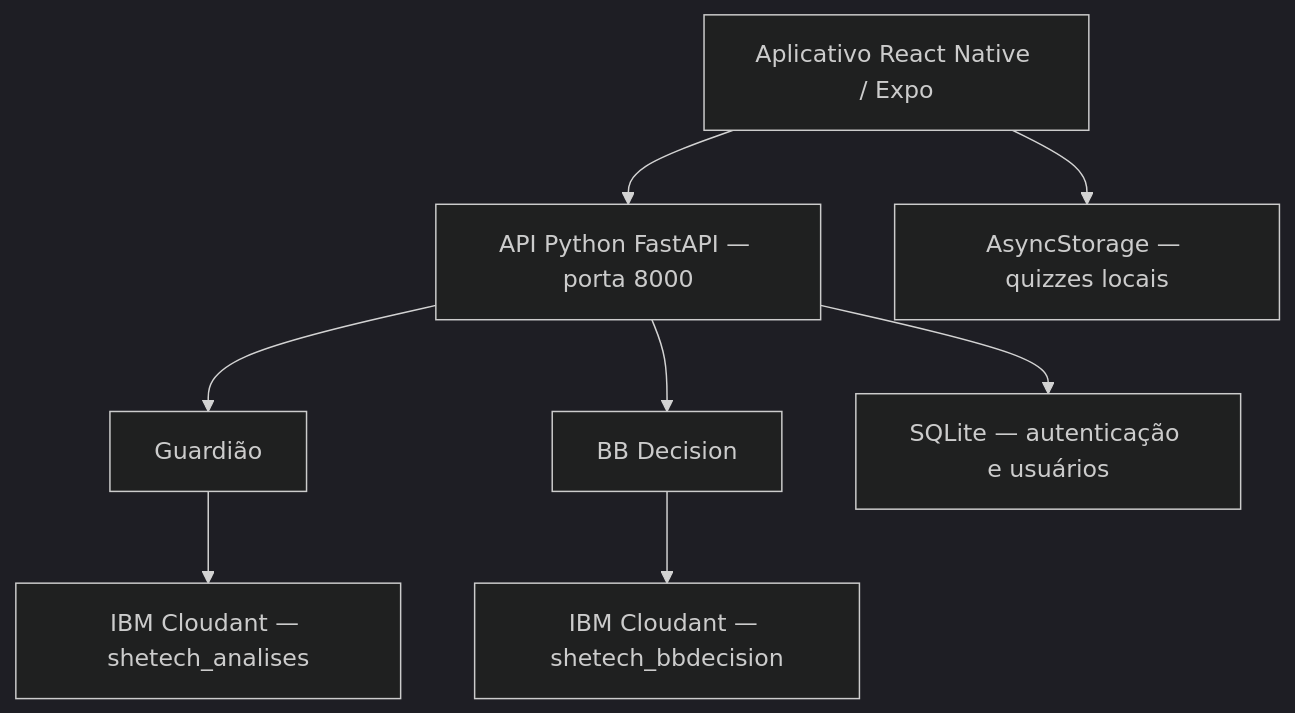
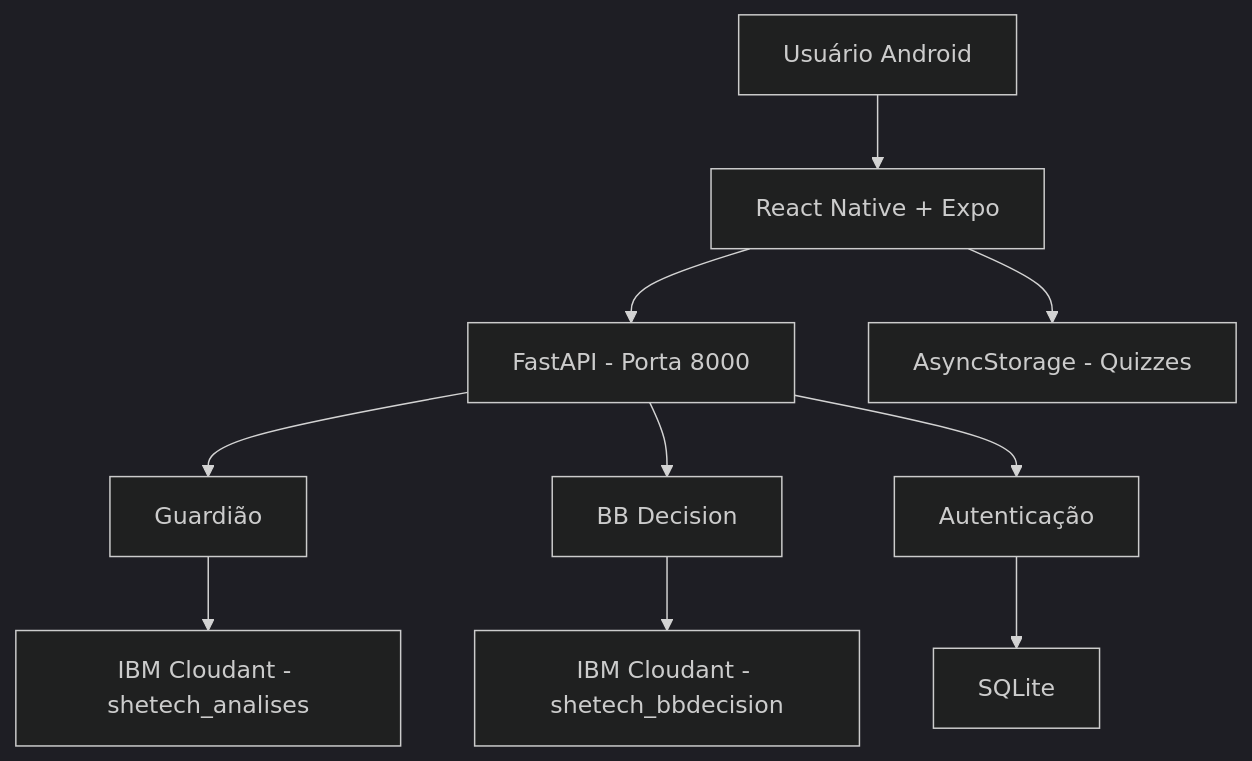
The diagram in README.md (GiovannaMontoro/IBM-MOBILE-shetech), drawn with Mermaid (dark theme) before and after one commit. The commit also changed other lines of this file, not shown here.

````diff
--- a/README.md
+++ b/README.md
@@ -166,10 +488,12 @@
 ```mermaid
 flowchart TD
-    A["Aplicativo React Native / Expo"] --> B["API Python FastAPI — porta 8000"]
-    B --> C["Guardião"]
-    B --> D["BB Decision"]
-    B --> E["SQLite — autenticação e usuários"]
-    C --> F["IBM Cloudant — shetech_analises"]
-    D --> G["IBM Cloudant — shetech_bbdecision"]
-    A --> H["AsyncStorage — quizzes locais"]
+    A["Usuário Android"] --> B["React Native + Expo"]
+    B --> C["FastAPI - Porta 8000"]
+    C --> D["Guardião"]
+    C --> E["BB Decision"]
+    C --> F["Autenticação"]
+    D --> G["IBM Cloudant - shetech_analises"]
+    E --> H["IBM Cloudant - shetech_bbdecision"]
+    F --> I["SQLite"]
+    B --> J["AsyncStorage - Quizzes"]
 ```
````
